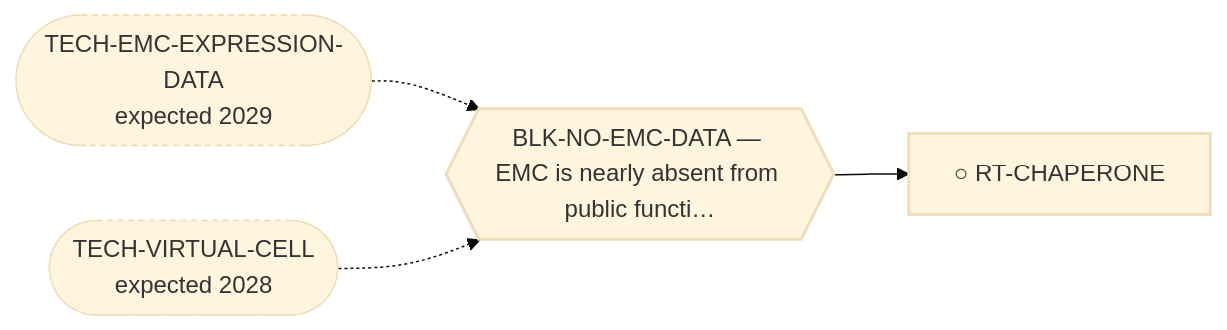
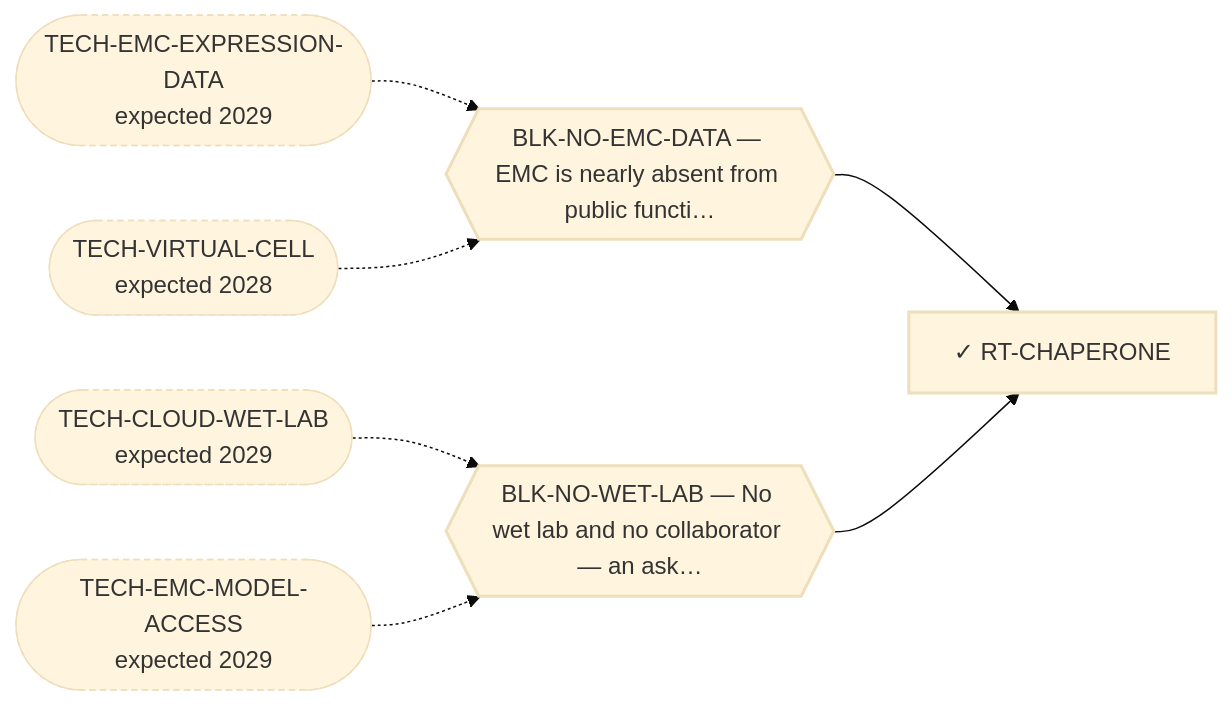
The diagram in systems/views/L2-rt-chaperone.md (trimcrae/Rare-cancers), drawn with Mermaid (base theme) before and after one commit. The commit also changed other lines of this file and 13 other files, not shown here.

````diff
--- a/systems/views/L2-rt-chaperone.md
+++ b/systems/views/L2-rt-chaperone.md
@@ -27,14 +27,20 @@
 ```mermaid
 flowchart LR
-  RT_CHAPERONE["○ RT-CHAPERONE"]:::fam
+  RT_CHAPERONE["✓ RT-CHAPERONE"]:::fam
   BLK_NO_EMC_DATA{{"BLK-NO-EMC-DATA — EMC is nearly absent from public functi…"}}:::blk
   BLK_NO_EMC_DATA --> RT_CHAPERONE
   TECH_EMC_EXPRESSION_DATA(["TECH-EMC-EXPRESSION-DATA<br/>expected 2029"]):::tech
   TECH_EMC_EXPRESSION_DATA -.-> BLK_NO_EMC_DATA
   TECH_VIRTUAL_CELL(["TECH-VIRTUAL-CELL<br/>expected 2028"]):::tech
   TECH_VIRTUAL_CELL -.-> BLK_NO_EMC_DATA
+  BLK_NO_WET_LAB{{"BLK-NO-WET-LAB — No wet lab and no collaborator — an ask…"}}:::blk
+  BLK_NO_WET_LAB --> RT_CHAPERONE
+  TECH_CLOUD_WET_LAB(["TECH-CLOUD-WET-LAB<br/>expected 2029"]):::tech
+  TECH_CLOUD_WET_LAB -.-> BLK_NO_WET_LAB
+  TECH_EMC_MODEL_ACCESS(["TECH-EMC-MODEL-ACCESS<br/>expected 2029"]):::tech
+  TECH_EMC_MODEL_ACCESS -.-> BLK_NO_WET_LAB
   classDef fam stroke-width:2px;
   classDef blk stroke-width:2px;
   classDef perm stroke-width:4px;
   classDef tech stroke-width:1px,stroke-dasharray:4 3;
 ```
````
